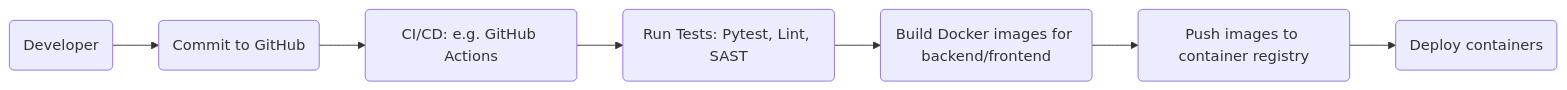
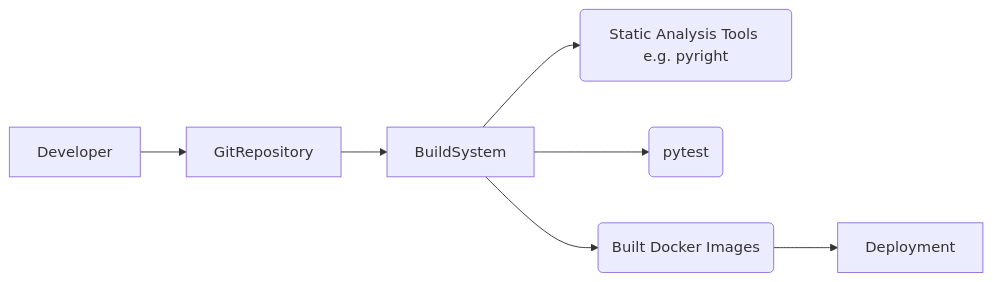
Before and after one commit to xvnpw/ai-security-analyzer: the fourth of 4 diagrams in examples/dir-sec-design-screenshot-to-code-o1.md, drawn with Mermaid. The commit also changed other lines of this file and 218 other files, not shown here.

````diff
--- a/examples/dir-sec-design-screenshot-to-code-o1.md
+++ b/examples/dir-sec-design-screenshot-to-code-o1.md
@@ -153,9 +116,9 @@
 ```mermaid
 flowchart LR
-    dev(Developer) --> commitCode(Commit to GitHub)
-    commitCode --> buildSystem(CI/CD: e.g. GitHub Actions)
-    buildSystem --> testPass(Run Tests: Pytest, Lint, SAST)
-    testPass --> dockerBuild(Build Docker images for backend/frontend)
-    dockerBuild --> pushImages(Push images to container registry)
-    pushImages --> deploy(Deploy containers)
+    Developer --> GitRepository
+    GitRepository --> BuildSystem
+    BuildSystem --> SAST(Static Analysis Tools e.g. pyright)
+    BuildSystem --> Tests(pytest)
+    BuildSystem --> DockerImages(Built Docker Images)
+    DockerImages --> Deployment
 ```
````
